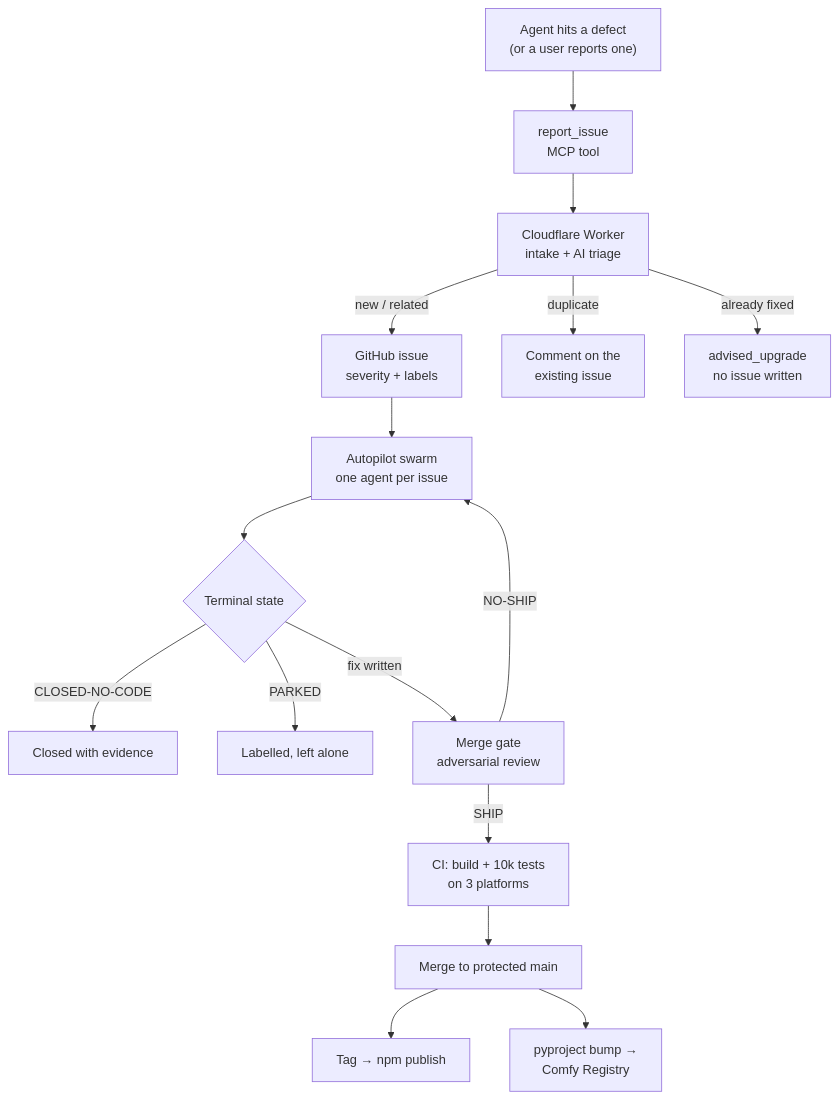
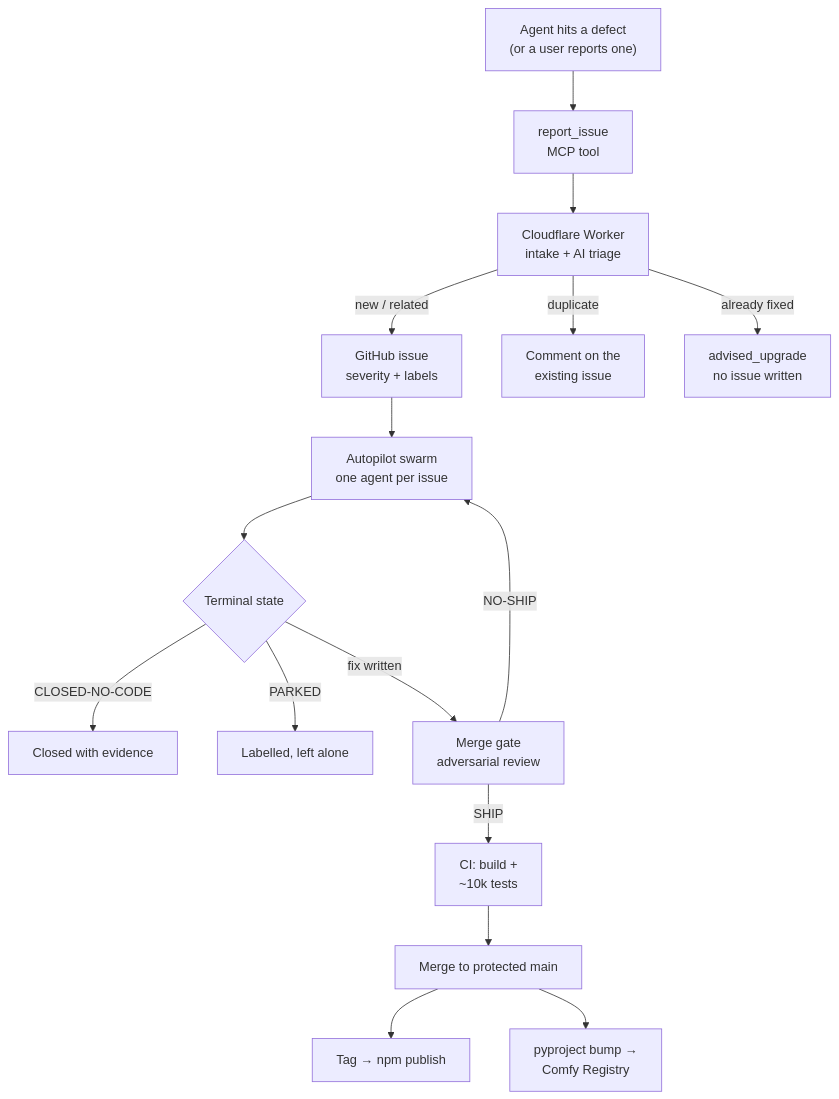
The first of 6 diagrams in docs/blog/from-report-to-release.mdx (ClaraOswald076/comfyui-mcp), drawn with Mermaid before and after one commit. The commit also changed other lines of this file, not shown here.

````diff
--- a/docs/blog/from-report-to-release.mdx
+++ b/docs/blog/from-report-to-release.mdx
@@ -93,18 +93,18 @@
 ```mermaid
 flowchart TD
   A["Agent hits a defect<br/>(or a user reports one)"] --> B["report_issue<br/>MCP tool"]
   B --> C["Cloudflare Worker<br/>intake + AI triage"]
   C -->|new / related| D["GitHub issue<br/>severity + labels"]
   C -->|duplicate| E["Comment on the<br/>existing issue"]
   C -->|already fixed| F["advised_upgrade<br/>no issue written"]
   D --> G["Autopilot swarm<br/>one agent per issue"]
   G --> H{"Terminal state"}
   H -->|CLOSED-NO-CODE| I["Closed with evidence"]
   H -->|PARKED| J["Labelled, left alone"]
   H -->|fix written| K["Merge gate<br/>adversarial review"]
   K -->|NO-SHIP| G
-  K -->|SHIP| L["CI: build + 10k tests<br/>on 3 platforms"]
+  K -->|SHIP| L["CI: build +<br/>~10k tests"]
   L --> M["Merge to protected main"]
   M --> N["Tag → npm publish"]
   M --> O["pyproject bump →<br/>Comfy Registry"]
 ```
````
